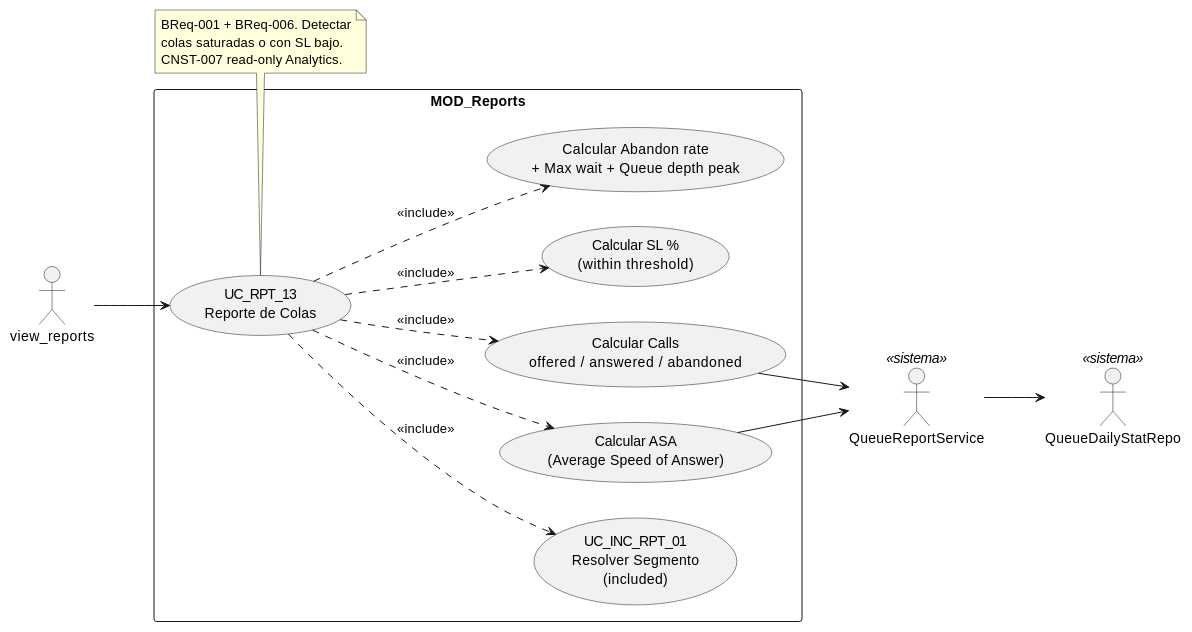
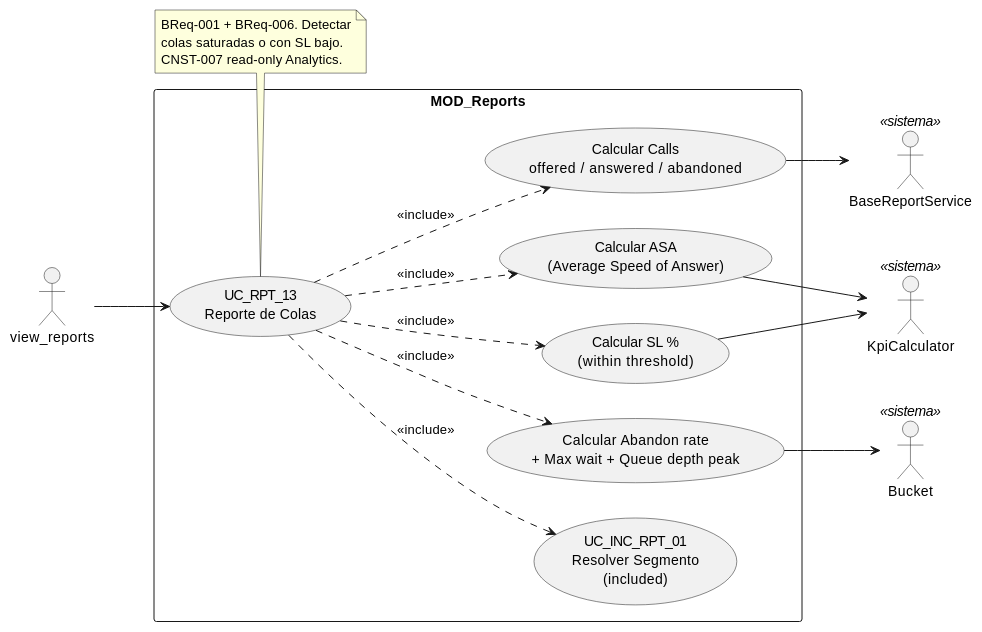
The diagram in source/requisitos/casos-uso/reports/uc-rpt-13/diagramas-uml/diagrama-de-caso-de-uso.rst (jcg-admin/IACT-docs), drawn with PlantUML before and after one commit. The commit also changed other lines of this file and 52 other files, not shown here.

```diff
--- a/source/requisitos/casos-uso/reports/uc-rpt-13/diagramas-uml/diagrama-de-caso-de-uso.rst
+++ b/source/requisitos/casos-uso/reports/uc-rpt-13/diagramas-uml/diagrama-de-caso-de-uso.rst
@@ -4,38 +4,40 @@
 .. uml::
  :caption: UC_RPT_13 — actores y casos asociados
 
  @startuml
 
  left to right direction
 
  actor "view_reports" as INVOKER
- actor "QueueReportService" as SVC <<sistema>>
- actor "QueueDailyStatRepo" as REPO <<sistema>>
+ actor "BaseReportService" as SVC <<sistema>>
+ actor "Bucket" as BK <<sistema>>
+ actor "KpiCalculator" as KPI <<sistema>>
 
  rectangle "MOD_Reports" {
    usecase "UC_RPT_13\nReporte de Colas" as UC_RPT_13
    usecase "UC_INC_RPT_01\nResolver Segmento\n(included)" as UC_INC_RPT_01
    usecase "Calcular Calls\noffered / answered / abandoned" as METRIC_VOL
    usecase "Calcular ASA\n(Average Speed of Answer)" as METRIC_ASA
    usecase "Calcular SL %\n(within threshold)" as METRIC_SL
    usecase "Calcular Abandon rate\n+ Max wait + Queue depth peak" as METRIC_QUEUE
  }
 
  INVOKER --> UC_RPT_13
  UC_RPT_13 ..> UC_INC_RPT_01 : <<include>>
  UC_RPT_13 ..> METRIC_VOL : <<include>>
  UC_RPT_13 ..> METRIC_ASA : <<include>>
  UC_RPT_13 ..> METRIC_SL : <<include>>
  UC_RPT_13 ..> METRIC_QUEUE : <<include>>
 
  METRIC_VOL --> SVC
- METRIC_ASA --> SVC
- SVC --> REPO
+ METRIC_ASA --> KPI
+ METRIC_SL --> KPI
+ METRIC_QUEUE --> BK
 
  note bottom of UC_RPT_13
    BReq-001 + BReq-006. Detectar
    colas saturadas o con SL bajo.
    CNST-007 read-only Analytics.
  end note
 
  @enduml
```
